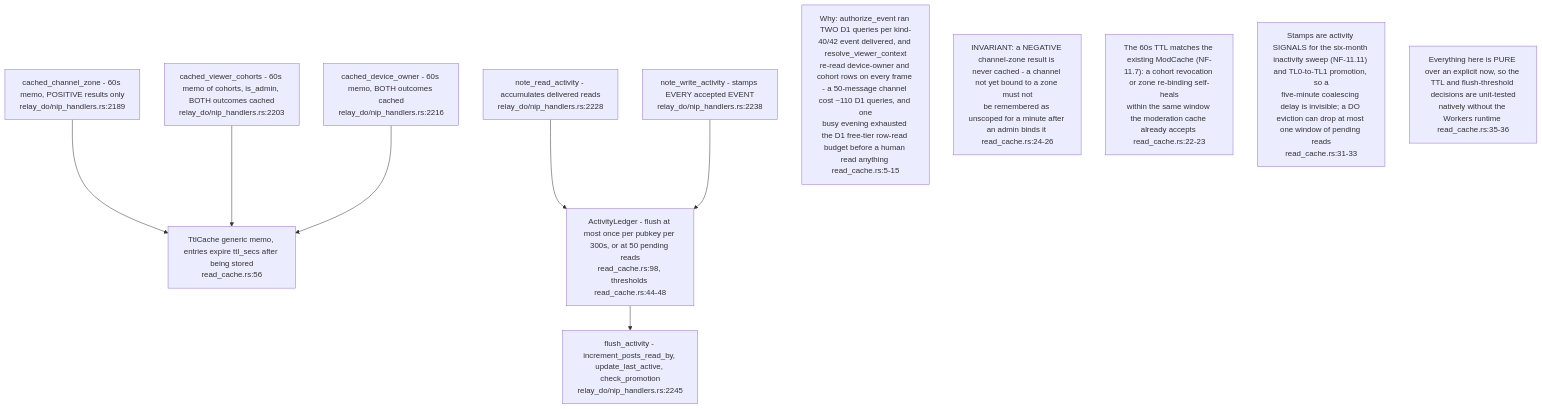
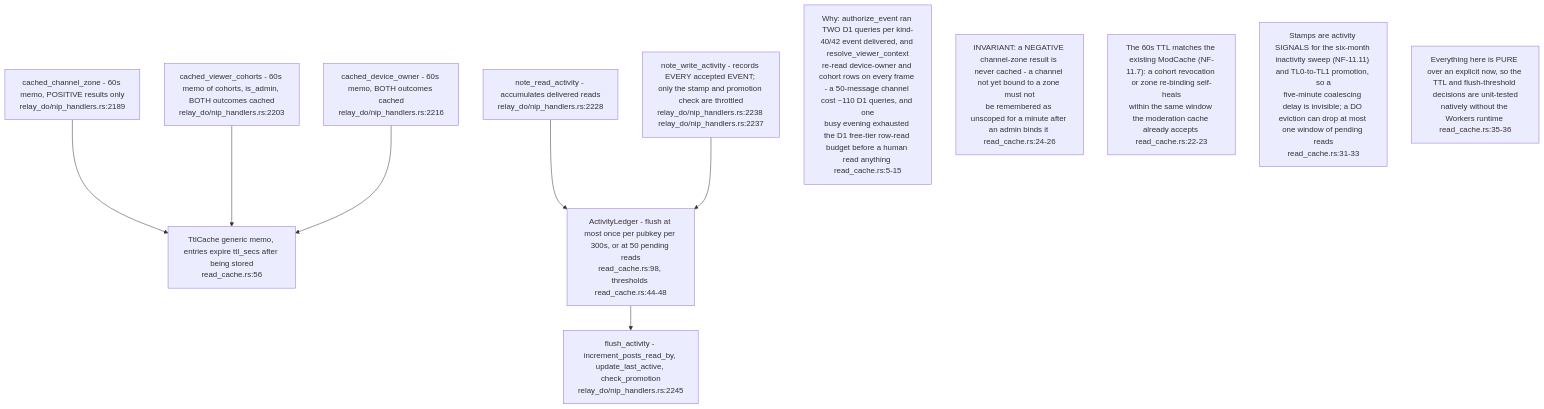
One commit to DreamLab-AI/VisionFlow changed diagram 16 of 16 in docs/diagrams/nostr-rust-forum/11-relay-durable-object-internals.md. Above: the diagram before and after it, drawn with Mermaid. The commit also changed other lines of this file and 91 other files, not shown here.

````diff
--- a/docs/diagrams/nostr-rust-forum/11-relay-durable-object-internals.md
+++ b/docs/diagrams/nostr-rust-forum/11-relay-durable-object-internals.md
@@ -478,20 +490,20 @@
 ```mermaid
 flowchart TB
     ZONE["cached_channel_zone - 60s memo, POSITIVE results only<br/>relay_do/nip_handlers.rs:2189"]
     COH["cached_viewer_cohorts - 60s memo of cohorts, is_admin, BOTH outcomes cached<br/>relay_do/nip_handlers.rs:2203"]
     DEV["cached_device_owner - 60s memo, BOTH outcomes cached<br/>relay_do/nip_handlers.rs:2216"]
     TTL["TtlCache generic memo, entries expire ttl_secs after being stored<br/>read_cache.rs:56"]
     READ["note_read_activity - accumulates delivered reads<br/>relay_do/nip_handlers.rs:2228"]
-    WRITE["note_write_activity - stamps EVERY accepted EVENT<br/>relay_do/nip_handlers.rs:2238"]
+    WRITE["note_write_activity - records EVERY accepted EVENT; only the stamp and promotion check are throttled<br/>relay_do/nip_handlers.rs:2238 relay_do/nip_handlers.rs:2237"]
     LEDGER["ActivityLedger - flush at most once per pubkey per 300s, or at 50 pending reads<br/>read_cache.rs:98, thresholds read_cache.rs:44-48"]
     FLUSH["flush_activity - increment_posts_read_by, update_last_active, check_promotion<br/>relay_do/nip_handlers.rs:2245"]
 
     ZONE & COH & DEV --> TTL
     READ & WRITE --> LEDGER --> FLUSH
 
     N1["Why: authorize_event ran TWO D1 queries per kind-40/42 event delivered, and resolve_viewer_context<br/>re-read device-owner and cohort rows on every frame - a 50-message channel cost ~110 D1 queries, and one<br/>busy evening exhausted the D1 free-tier row-read budget before a human read anything read_cache.rs:5-15"]
     N2["INVARIANT: a NEGATIVE channel-zone result is never cached - a channel not yet bound to a zone must not<br/>be remembered as unscoped for a minute after an admin binds it read_cache.rs:24-26"]
     N3["The 60s TTL matches the existing ModCache (NF-11.7): a cohort revocation or zone re-binding self-heals<br/>within the same window the moderation cache already accepts read_cache.rs:22-23"]
     N4["Stamps are activity SIGNALS for the six-month inactivity sweep (NF-11.11) and TL0-to-TL1 promotion, so a<br/>five-minute coalescing delay is invisible; a DO eviction can drop at most one window of pending reads<br/>read_cache.rs:31-33"]
     N5["Everything here is PURE over an explicit now, so the TTL and flush-threshold decisions are unit-tested<br/>natively without the Workers runtime read_cache.rs:35-36"]
 ```
````
